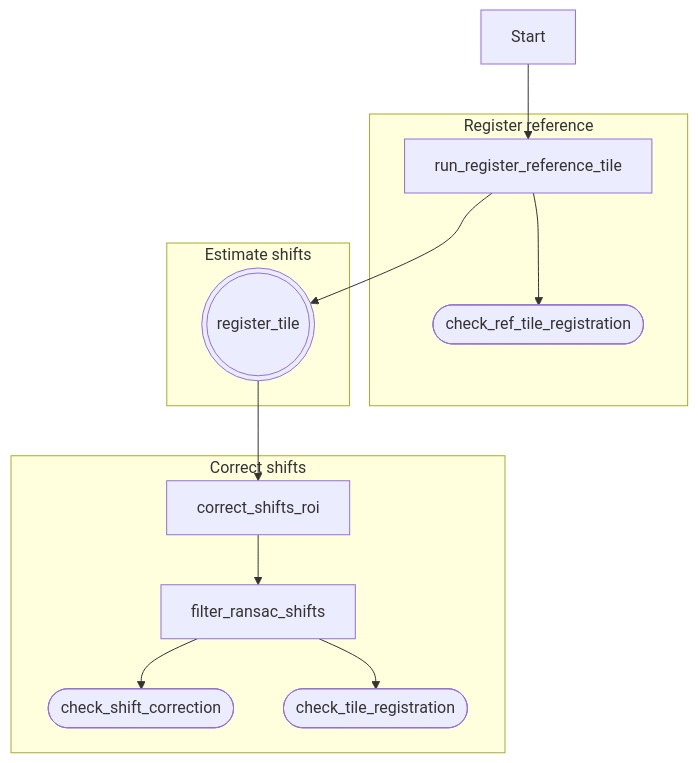
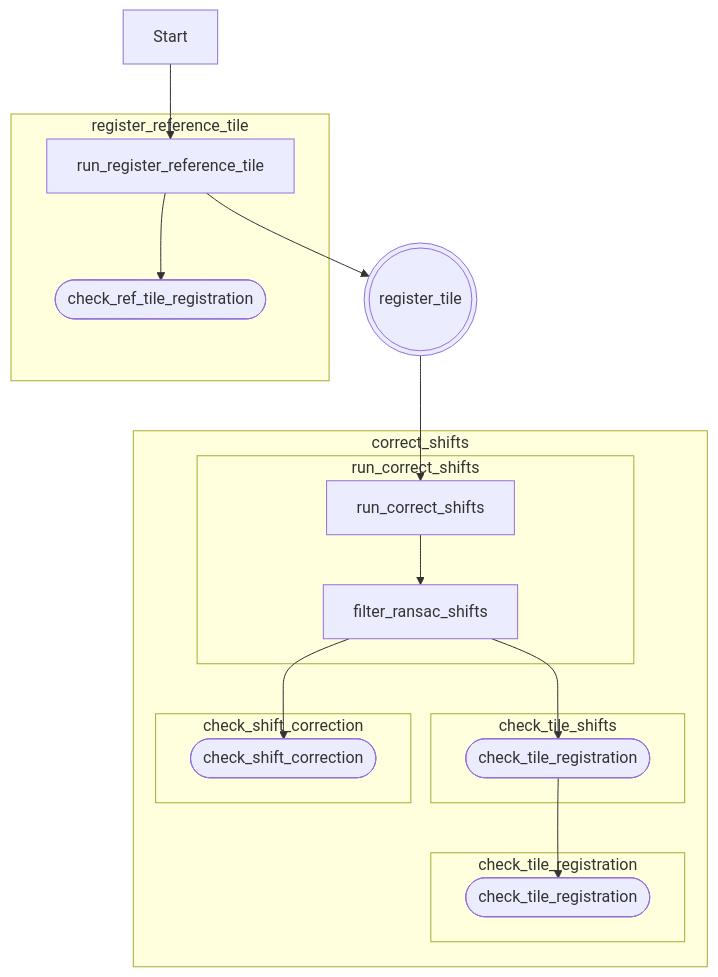
One commit to znamlab/iss-preprocess changed the diagram in docs/source/registration.rst. Above: the diagram before and after it, drawn with Mermaid. The commit also changed other lines of this file, not shown here.

Commit message:
[doc] improve registration docs

```diff
--- a/docs/source/registration.rst
+++ b/docs/source/registration.rst
@@ -28,21 +36,30 @@
 .. mermaid::
 
-    graph TD;
-        start[Start] --> regref[run_register_reference_tile];
+    flowchart TD
+    start[Start] --> regref[run_register_reference_tile];
+        batch_est(((register_tile)));
 
-        subgraph Register reference
+        subgraph register_reference_tile
             regref --> diag_ref([check_ref_tile_registration]);
         end
 
-        subgraph Estimate shifts
-            regref --> batch_est(((register_tile)));
+
+
+        regref --> batch_est;
+        batch_est --> corr;
+        subgraph correct_shifts
+            subgraph run_correct_shifts
+                corr[run_correct_shifts];
+                corr --> filt[filter_ransac_shifts];
+            end
+
+            subgraph check_tile_shifts
+                filt --> ctr([check_tile_registration]);
+            end
+            subgraph check_shift_correction
+                filt --> csc([check_shift_correction]);
+            end
+            subgraph check_tile_registration
+                ctr --> diag_tile([check_tile_registration]);
+            end
         end
-
-        subgraph Correct shifts
-            corr[correct_shifts_roi];
-            corr --> filt[filter_ransac_shifts];
-            filt --> csc([check_shift_correction]);
-            filt --> ctr([check_tile_registration]);
-        end
-
-        batch_est --> corr;
```
